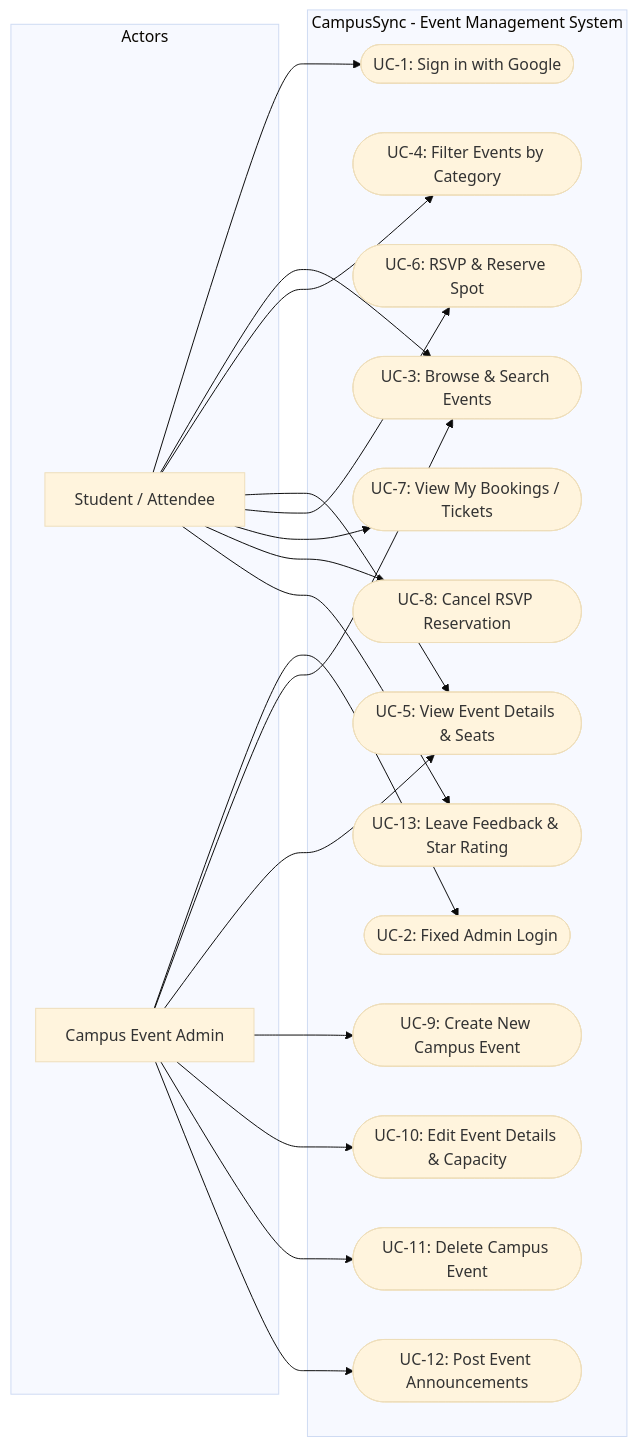
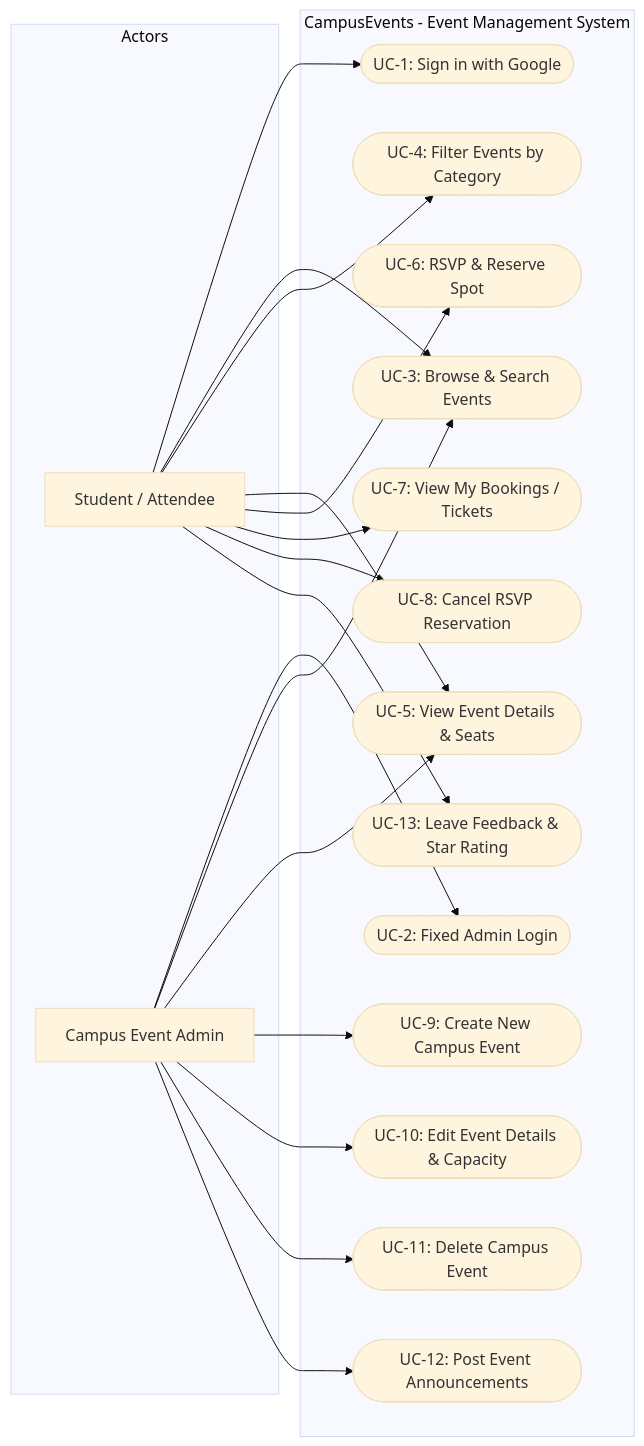
Before and after one commit to badruddin-tasnim/CampusEvents: the diagram in diagrams/use_case_diagram.mmd, drawn with Mermaid (base theme). The commit also changed 24 other files, not shown here.

Commit message:
refactor: rename application from CampusSync to CampusEvents across all code, UI, and documentation

```diff
--- a/diagrams/use_case_diagram.mmd
+++ b/diagrams/use_case_diagram.mmd
@@ -1,38 +1,38 @@
 flowchart LR
     subgraph Users ["Actors"]
         Student["Student / Attendee"]
         Admin["Campus Event Admin"]
     end
 
-    subgraph System ["CampusSync - Event Management System"]
+    subgraph System ["CampusEvents - Event Management System"]
         UC1(["UC-1: Sign in with Google"])
         UC2(["UC-2: Fixed Admin Login"])
         UC3(["UC-3: Browse & Search Events"])
         UC4(["UC-4: Filter Events by Category"])
         UC5(["UC-5: View Event Details & Seats"])
         UC6(["UC-6: RSVP & Reserve Spot"])
         UC7(["UC-7: View My Bookings / Tickets"])
         UC8(["UC-8: Cancel RSVP Reservation"])
         UC9(["UC-9: Create New Campus Event"])
         UC10(["UC-10: Edit Event Details & Capacity"])
         UC11(["UC-11: Delete Campus Event"])
         UC12(["UC-12: Post Event Announcements"])
         UC13(["UC-13: Leave Feedback & Star Rating"])
     end
 
     Student --> UC1
     Student --> UC3
     Student --> UC4
     Student --> UC5
     Student --> UC6
     Student --> UC7
     Student --> UC8
     Student --> UC13
 
     Admin --> UC2
     Admin --> UC3
     Admin --> UC5
     Admin --> UC9
     Admin --> UC10
     Admin --> UC11
     Admin --> UC12
```
